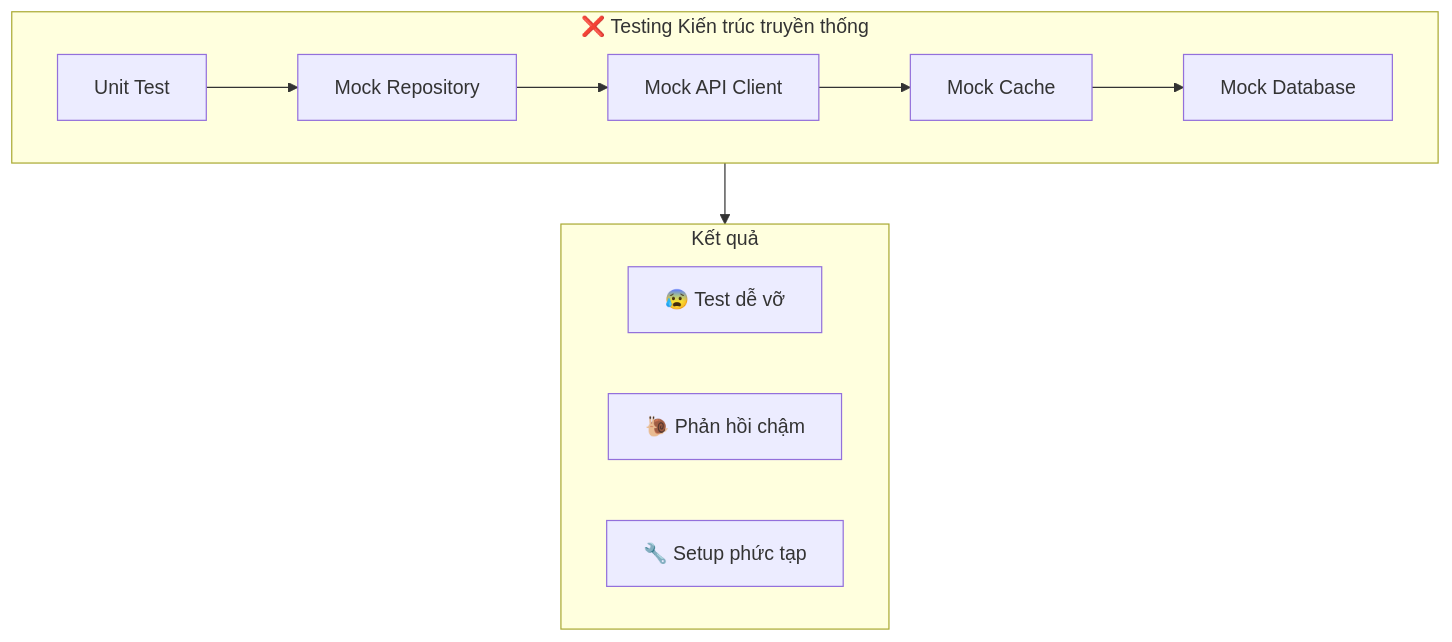
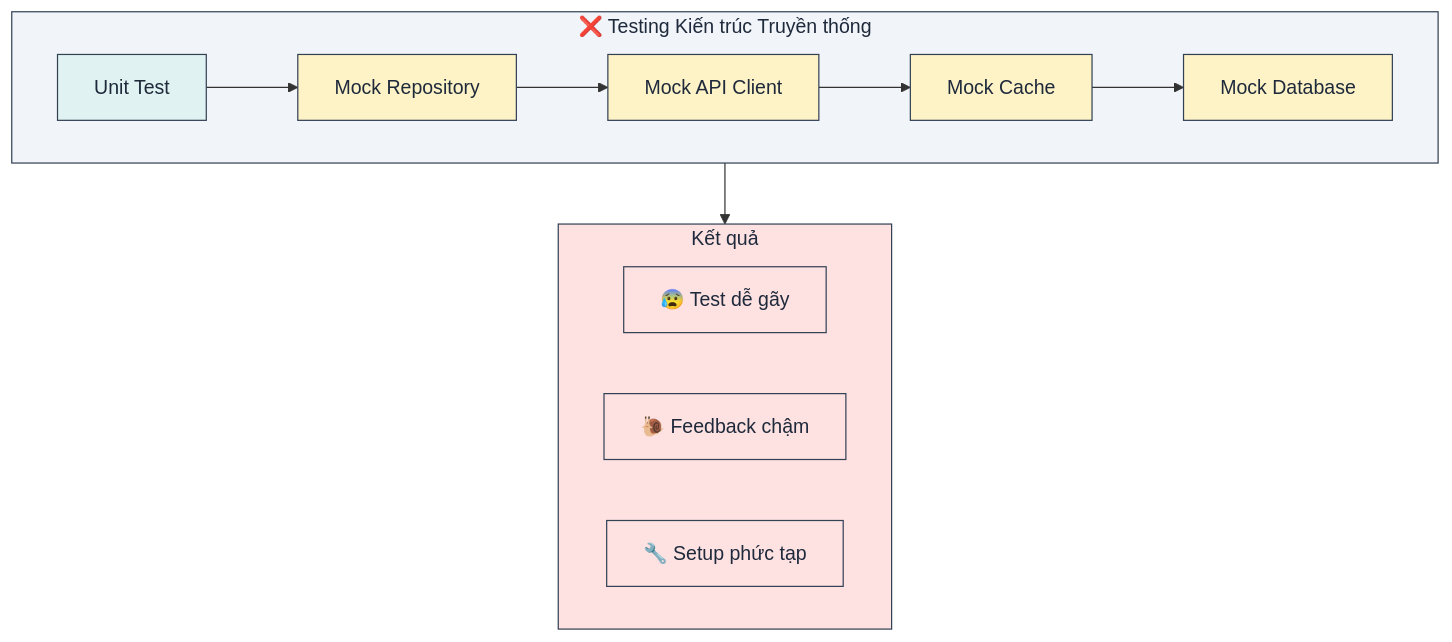
Before and after one commit to lploc94/flutter_orchestrator: the fourth of 6 diagrams in book/vi/chapters/01_the_pain.md, drawn with Mermaid. The commit also changed other lines of this file and 3 other files, not shown here.

````diff
--- a/book/vi/chapters/01_the_pain.md
+++ b/book/vi/chapters/01_the_pain.md
@@ -127,17 +151,28 @@
 ```mermaid
 graph TB
-    subgraph TestingProblem["❌ Testing Kiến trúc truyền thống"]
+    subgraph TestingProblem["❌ Testing Kiến trúc Truyền thống"]
         Test["Unit Test"] --> MockRepo["Mock Repository"]
         MockRepo --> MockAPI["Mock API Client"]
         MockAPI --> MockCache["Mock Cache"]
         MockCache --> MockDB["Mock Database"]
     end
     
     subgraph Result["Kết quả"]
-        Brittle["😰 Test dễ vỡ"]
-        Slow["🐌 Phản hồi chậm"]
+        Brittle["😰 Test dễ gãy"]
+        Slow["🐌 Feedback chậm"]
         Complex["🔧 Setup phức tạp"]
     end
     
     TestingProblem --> Result
+    
+    style TestingProblem fill:#f1f5f9,stroke:#334155,color:#1e293b
+    style Result fill:#fee2e2,stroke:#334155,color:#1e293b
+    style Test fill:#e0f2f1,stroke:#334155,color:#1e293b
+    style MockRepo fill:#fef3c7,stroke:#334155,color:#1e293b
+    style MockAPI fill:#fef3c7,stroke:#334155,color:#1e293b
+    style MockCache fill:#fef3c7,stroke:#334155,color:#1e293b
+    style MockDB fill:#fef3c7,stroke:#334155,color:#1e293b
+    style Brittle fill:#fee2e2,stroke:#334155,color:#1e293b
+    style Slow fill:#fee2e2,stroke:#334155,color:#1e293b
+    style Complex fill:#fee2e2,stroke:#334155,color:#1e293b
 ```
````
